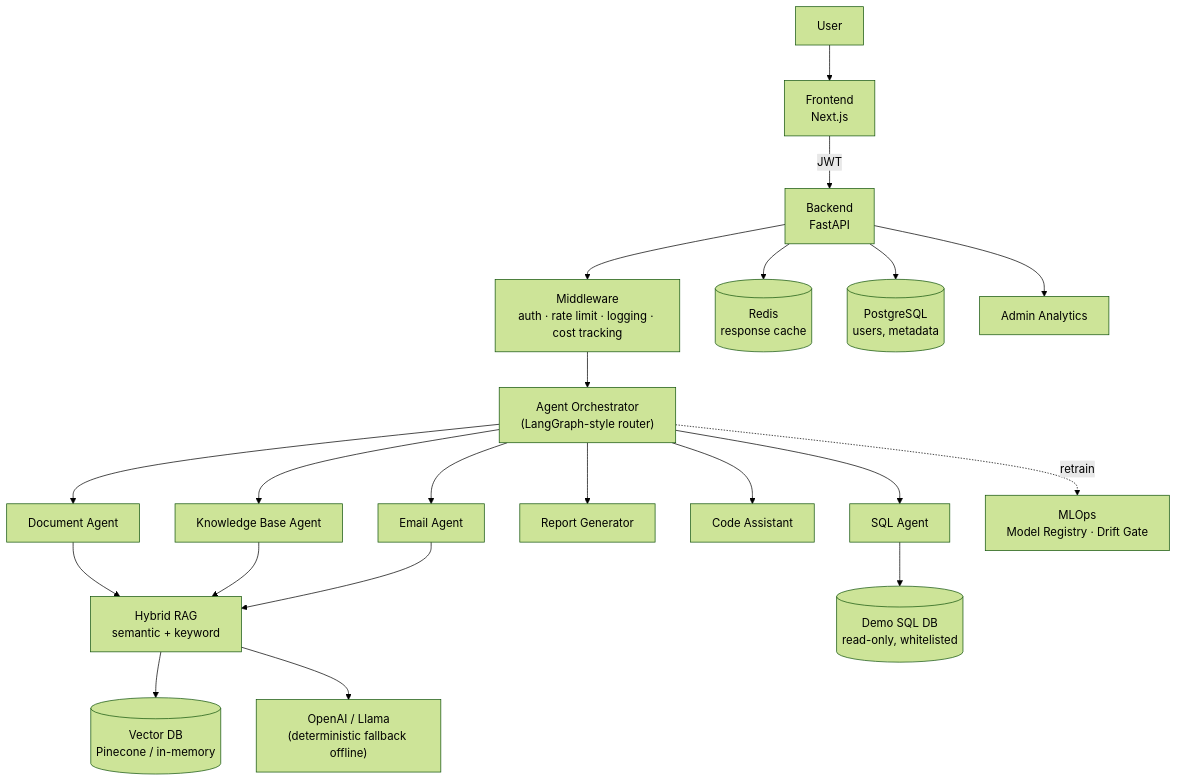
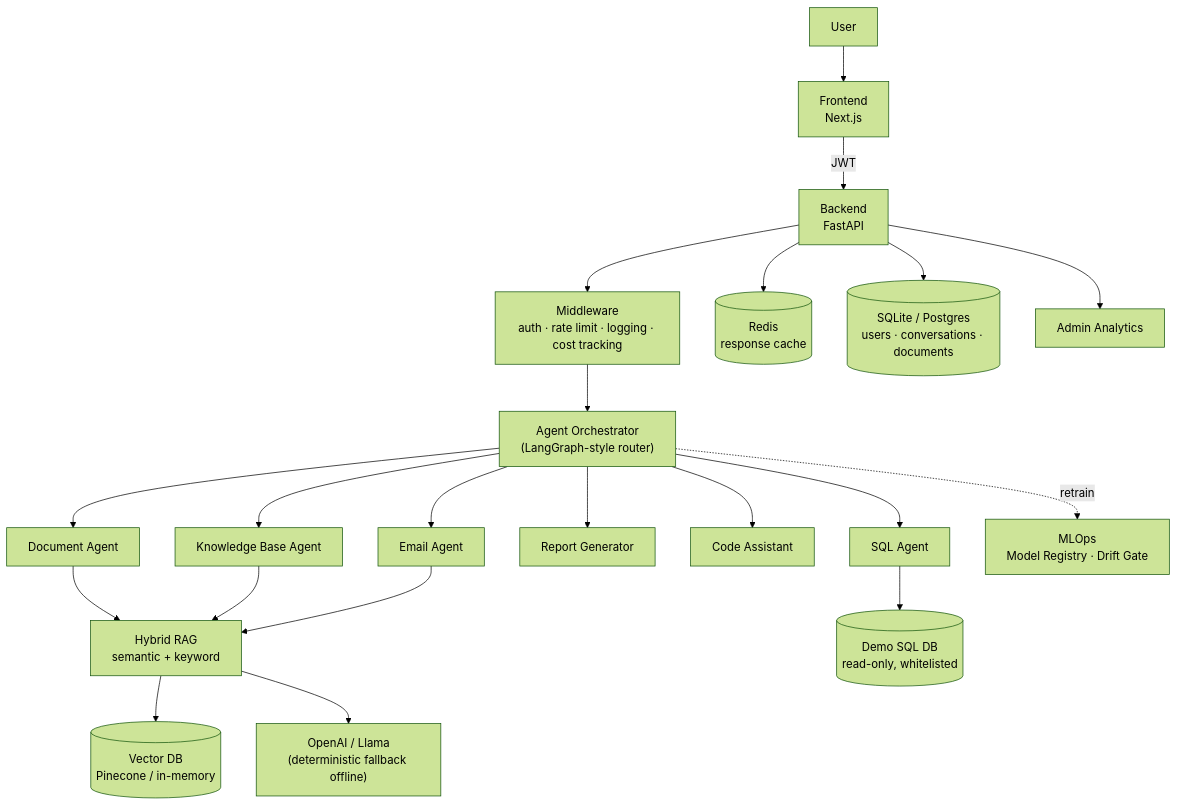
Before and after one commit to saianthireddy/enterprise-ai-platform: the diagram in README.md, drawn with Mermaid (forest theme). The commit also changed other lines of this file, not shown here.

Commit message:
Document persistence; correct architecture diagram and test counts

````diff
--- a/README.md
+++ b/README.md
@@ -50,23 +50,23 @@
 ```mermaid
 flowchart TB
     U["User"] --> FE["Frontend<br/>Next.js"]
     FE -->|JWT| BE["Backend<br/>FastAPI"]
     BE --> MW["Middleware<br/>auth · rate limit · logging · cost tracking"]
     MW --> ORCH["Agent Orchestrator<br/>(LangGraph-style router)"]
     ORCH --> DOC["Document Agent"]
     ORCH --> SQL["SQL Agent"]
     ORCH --> EMAIL["Email Agent"]
     ORCH --> REPORT["Report Generator"]
     ORCH --> CODE["Code Assistant"]
     ORCH --> KB["Knowledge Base Agent"]
     DOC --> RAG["Hybrid RAG<br/>semantic + keyword"]
     KB --> RAG
     EMAIL --> RAG
     RAG --> VDB[("Vector DB<br/>Pinecone / in-memory")]
     RAG --> LLM["OpenAI / Llama<br/>(deterministic fallback offline)"]
     SQL --> SQLITE[("Demo SQL DB<br/>read-only, whitelisted")]
     BE --> CACHE[("Redis<br/>response cache")]
-    BE --> PG[("PostgreSQL<br/>users, metadata")]
+    BE --> DB[("SQLite / Postgres<br/>users · conversations · documents")]
     BE --> ADMIN["Admin Analytics"]
     ORCH -.retrain.-> MLOPS["MLOps<br/>Model Registry · Drift Gate"]
 ```
````
